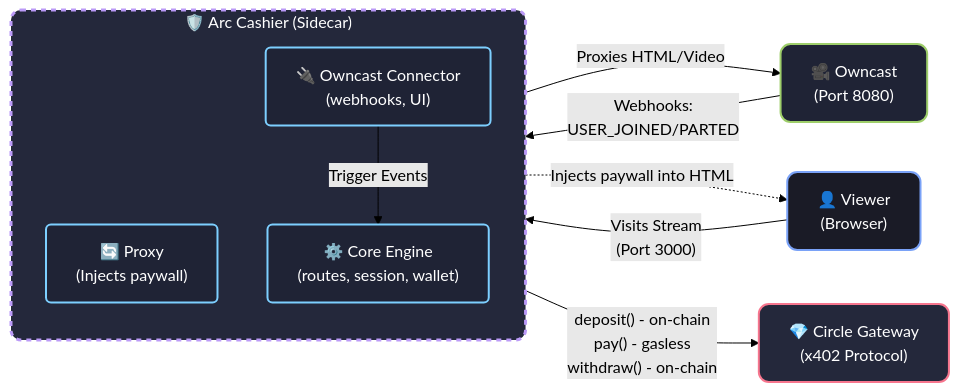
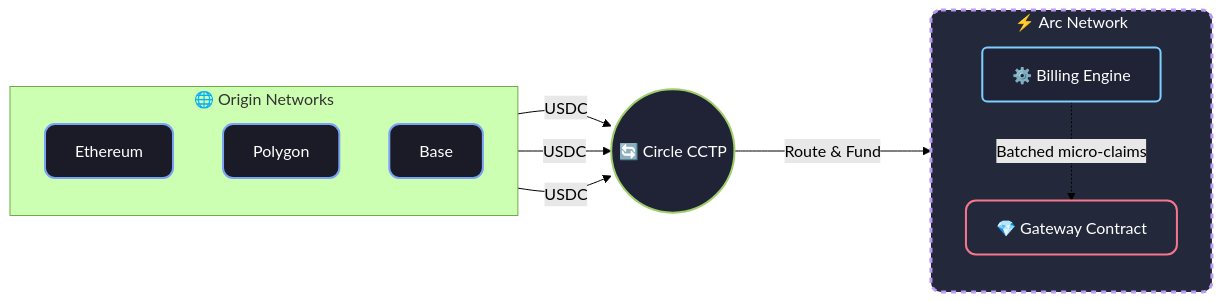
One commit to JaDi03/-Arc-Cashier changed the diagram in docs/ARCHITECTURE.md. Above: the diagram before and after it, drawn with Mermaid (forest theme). The commit also changed other lines of this file and 1 other file, not shown here.

Commit message:
docs: extract architecture details and add supported platforms table

````diff
--- a/docs/ARCHITECTURE.md
+++ b/docs/ARCHITECTURE.md
@@ -9,33 +11,32 @@
 ```mermaid
 flowchart LR
     %% Custom Premium Styling
-    classDef viewer fill:#1A1B26,stroke:#7AA2F7,stroke-width:2px,color:#FFFFFF,rx:10,ry:10
-    classDef cashier fill:#24283B,stroke:#BB9AF7,stroke-width:3px,color:#FFFFFF,rx:10,ry:10,stroke-dasharray: 5 5
-    classDef internal fill:#1F2335,stroke:#7DCFFF,stroke-width:2px,color:#FFFFFF,rx:5,ry:5
-    classDef platform fill:#1F2335,stroke:#9ECE6A,stroke-width:2px,color:#FFFFFF,rx:10,ry:10
+    classDef origin fill:#1A1B26,stroke:#7AA2F7,stroke-width:2px,color:#FFFFFF,rx:10,ry:10
+    classDef cctp fill:#1F2335,stroke:#9ECE6A,stroke-width:2px,color:#FFFFFF,rx:10,ry:10
+    classDef arc fill:#24283B,stroke:#BB9AF7,stroke-width:3px,color:#FFFFFF,rx:10,ry:10,stroke-dasharray: 5 5
     classDef blockchain fill:#24283B,stroke:#F7768E,stroke-width:2px,color:#FFFFFF,rx:10,ry:10
+    classDef engine fill:#1F2335,stroke:#7DCFFF,stroke-width:2px,color:#FFFFFF,rx:5,ry:5
 
-    %% Nodes
-    V["👤 Viewer<br/>(Browser)"]:::viewer
+    subgraph Origins ["🌐 Origin Networks"]
+        direction TB
+        ETH["Ethereum"]:::origin
+        POL["Polygon"]:::origin
+        BAS["Base"]:::origin
+    end
+
+    CCTP(("🔄 Circle CCTP")):::cctp
     
-    subgraph ArcCashier ["🛡️ Arc Cashier (Sidecar)"]
+    subgraph ArcNet ["⚡ Arc Network"]
         direction TB
-        P["🔄 Proxy<br/>(Injects paywall)"]:::internal
-        C["⚙️ Core Engine<br/>(routes, session, wallet)"]:::internal
-        OC["🔌 Owncast Connector<br/>(webhooks, UI)"]:::internal
+        Gateway["💎 Gateway Contract"]:::blockchain
+        Engine["⚙️ Billing Engine"]:::engine
     end
-    class ArcCashier cashier
+    class ArcNet arc
 
-    O["🎥 Owncast<br/>(Port 8080)"]:::platform
-    G["💎 Circle Gateway<br/>(x402 Protocol)"]:::blockchain
-
-    %% Connections
-    V -- "Visits Stream<br/>(Port 3000)" --> P
-    P -- "Proxies HTML/Video" --> O
-    P -. "Injects paywall into HTML" .-> V
+    ETH -->|"USDC"| CCTP
+    POL -->|"USDC"| CCTP
+    BAS -->|"USDC"| CCTP
     
-    O -- "Webhooks:<br/>USER_JOINED/PARTED" --> OC
-    OC -- "Trigger Events" --> C
-    
-    C -- "deposit() - on-chain<br/>pay() - gasless<br/>withdraw() - on-chain" --> G
+    CCTP --->|"Route & Fund"| Gateway
+    Engine -.->|"Batched micro-claims"| Gateway
 ```
````
